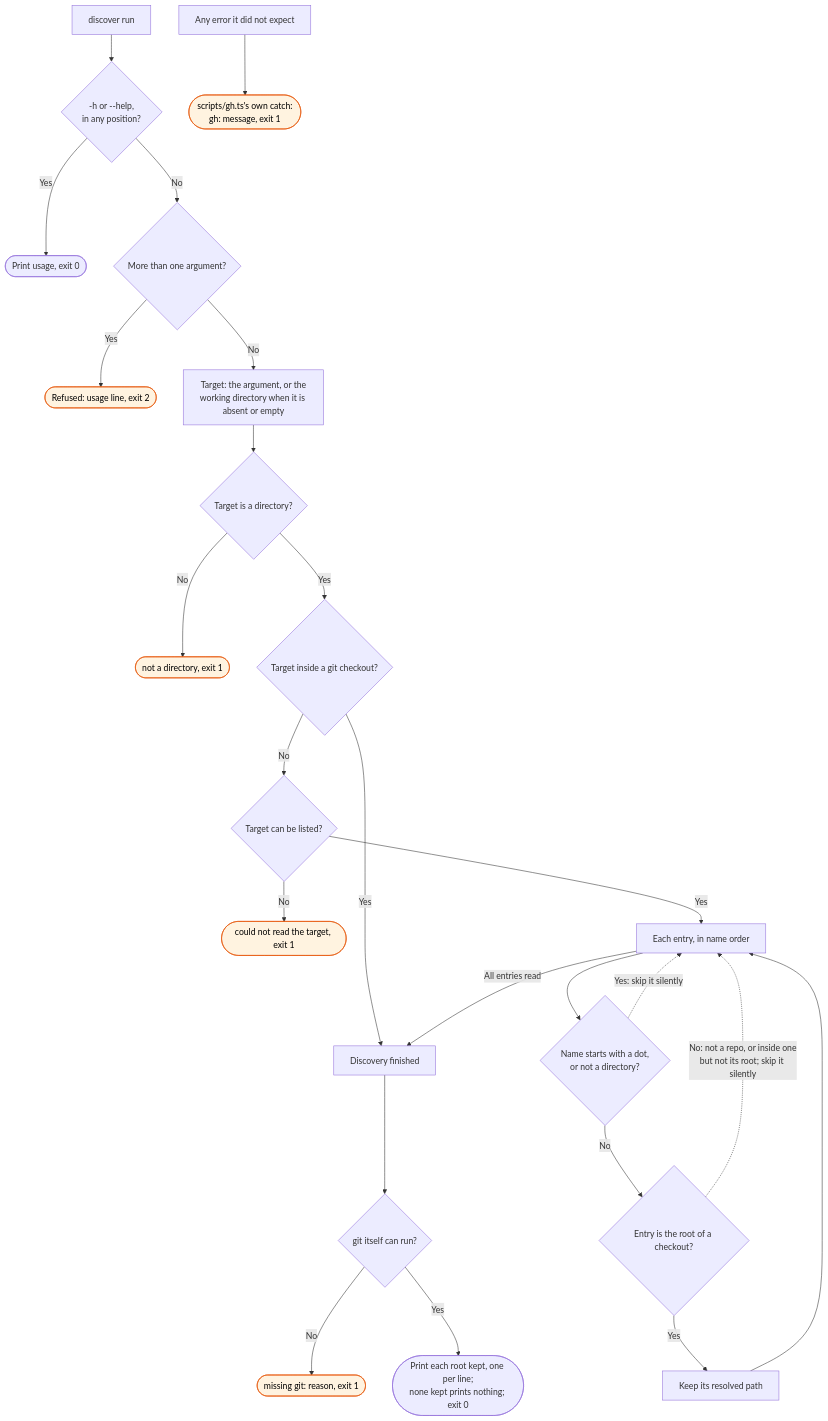
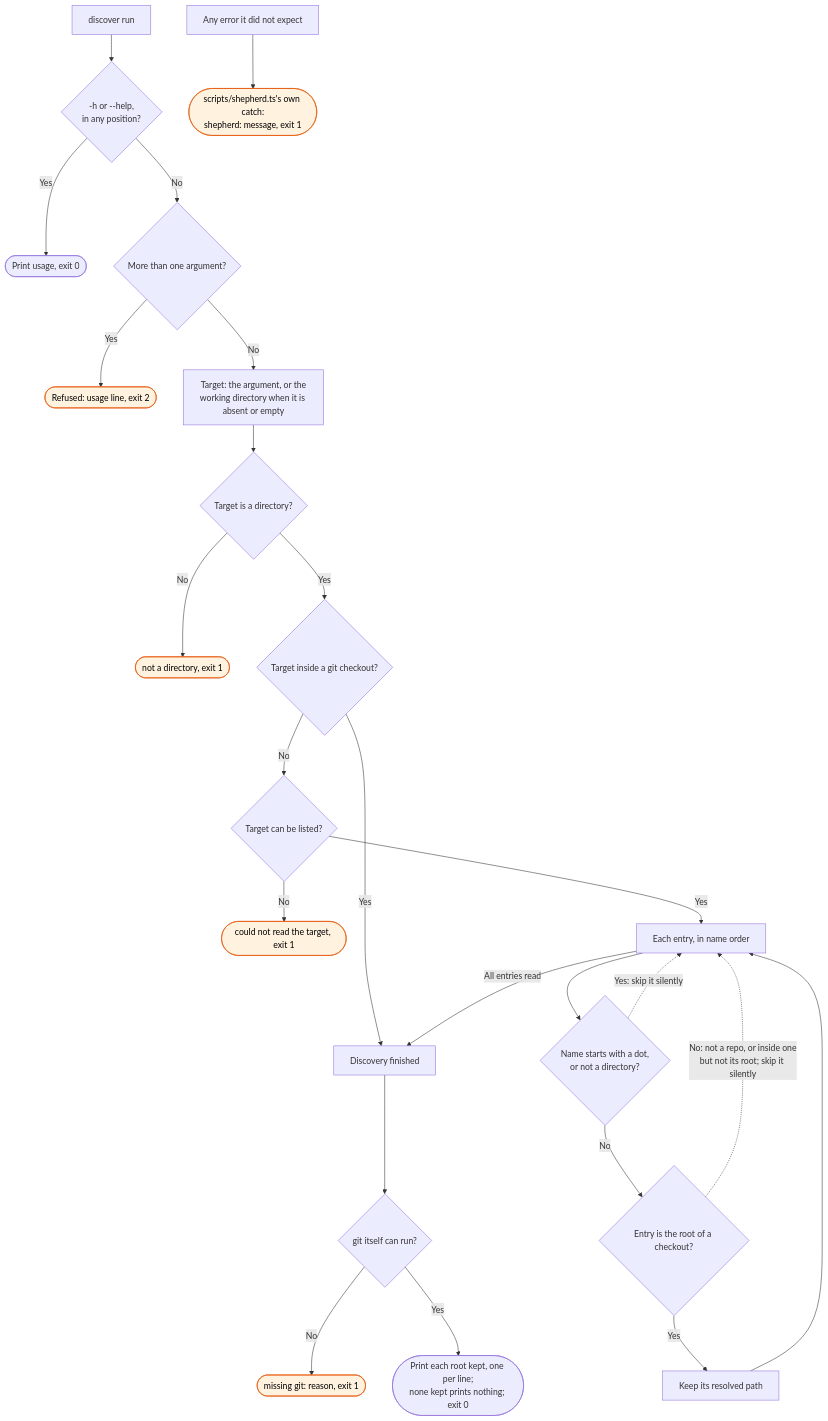
The diagram in docs/flows/shepherd/merge/discover-flow.md (bje-settings/claude), drawn with Mermaid before and after one commit. The commit also changed other lines of this file and 67 other files, not shown here.

Commit message:
refactor(shepherd): move the shepherd commands into their own plugin

````diff
--- a/docs/flows/shepherd/merge/discover-flow.md
+++ b/docs/flows/shepherd/merge/discover-flow.md
@@ -15,28 +16,28 @@
 ```mermaid
 flowchart TD
     A[discover run] --> B{-h or --help,<br/>in any position?}
     B -->|Yes| H([Print usage, exit 0])
     B -->|No| C{More than one argument?}
     C -->|Yes| Z1([Refused: usage line, exit 2]):::stop
     C -->|No| D[Target: the argument, or the<br/>working directory when it is absent or empty]
     D --> E{Target is a directory?}
     E -->|No| Z2([not a directory, exit 1]):::stop
     E -->|Yes| F{Target inside a git checkout?}
     F -->|Yes| G[Discovery finished]
     F -->|No| I{Target can be listed?}
     I -->|No| Z3([could not read the target, exit 1]):::stop
     I -->|Yes| J[Each entry, in name order]
     J --> K{Name starts with a dot,<br/>or not a directory?}
     K -.->|Yes: skip it silently| J
     K -->|No| L{Entry is the root of a checkout?}
     L -.->|No: not a repo, or inside one<br/>but not its root; skip it silently| J
     L -->|Yes| M[Keep its resolved path]
     M --> J
     J -->|All entries read| G
     G --> O{git itself can run?}
     O -->|No| Z5([missing git: reason, exit 1]):::stop
     O -->|Yes| N([Print each root kept, one per line;<br/>none kept prints nothing; exit 0])
-    X[Any error it did not expect] --> Z4([scripts/gh.ts's own catch:<br/>gh: message, exit 1]):::stop
+    X[Any error it did not expect] --> Z4([scripts/shepherd.ts's own catch:<br/>shepherd: message, exit 1]):::stop
 
     classDef stop fill:#fff3e0,stroke:#e65100,color:#000
 ```
````
